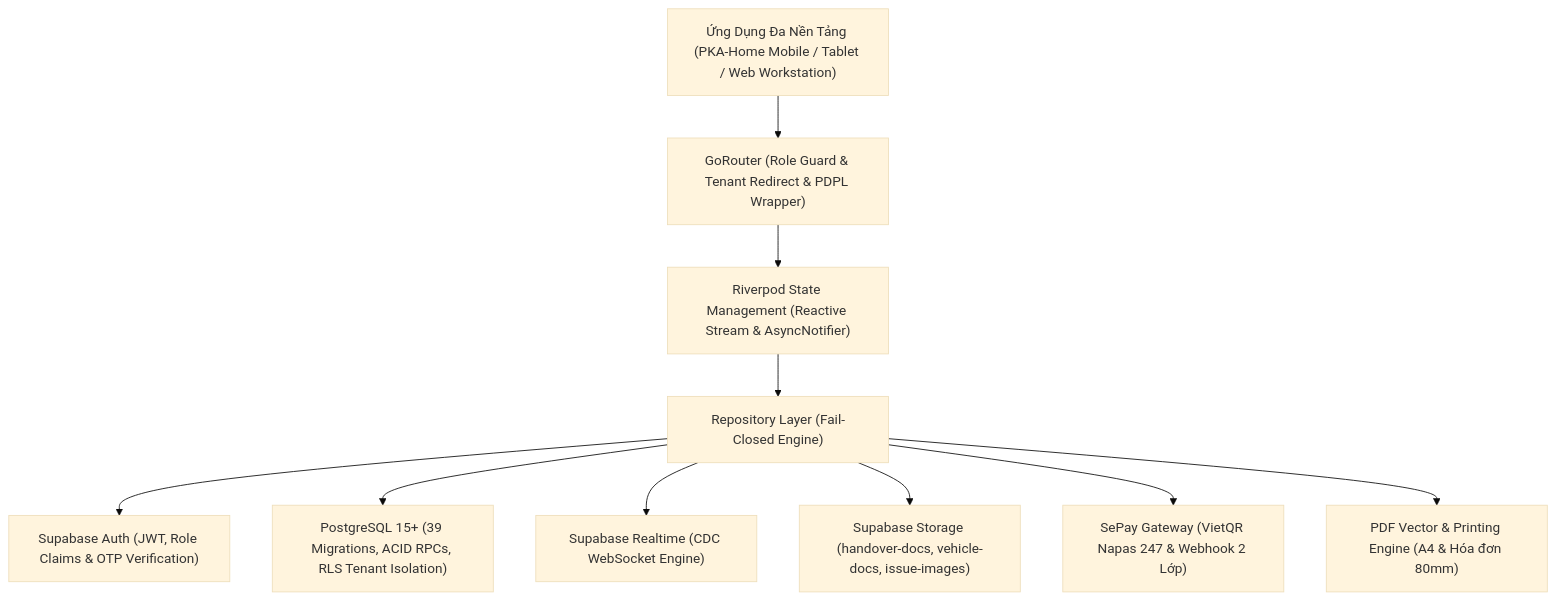
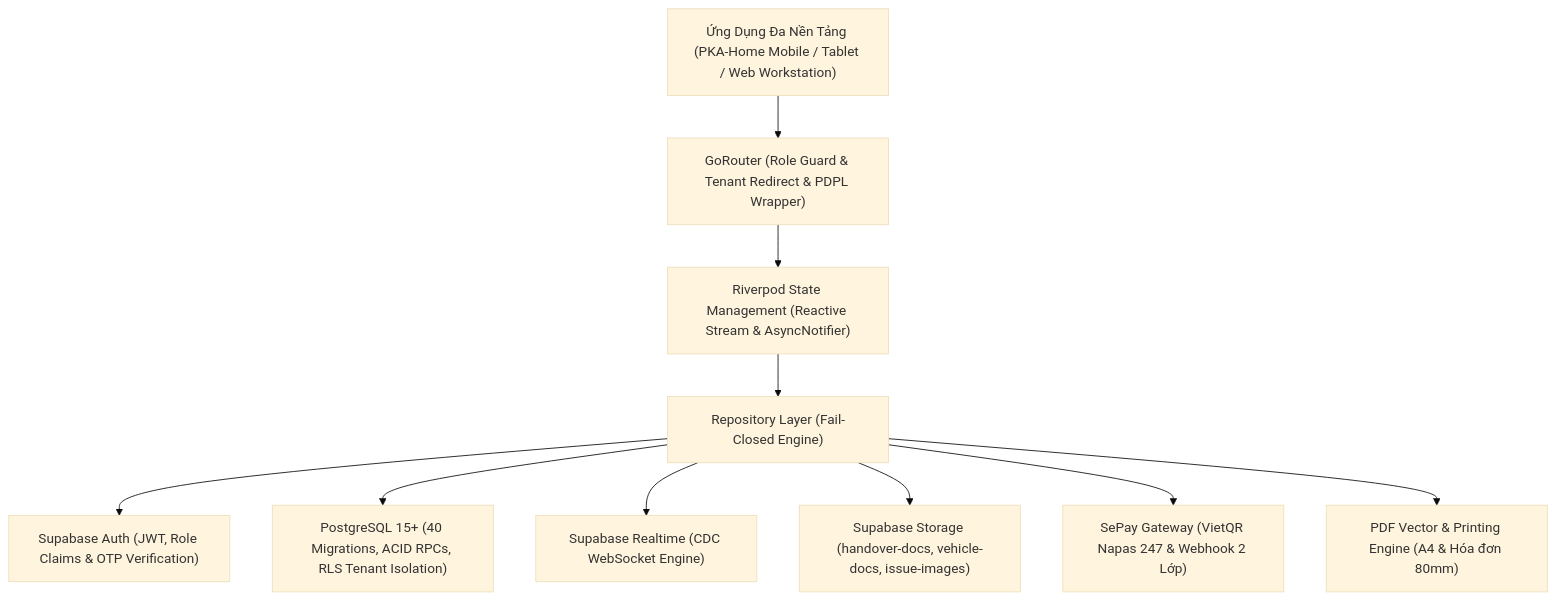
The diagram in README.md (PVM-05/PKA-Home), drawn with Mermaid (base theme) before and after one commit. The commit also changed other lines of this file and 6 other files, not shown here.

````diff
--- a/README.md
+++ b/README.md
@@ -43,24 +43,24 @@
 ```mermaid
 graph TD
     Client["Ứng Dụng Đa Nền Tảng (PKA-Home Mobile / Tablet / Web Workstation)"]
     Router["GoRouter (Role Guard & Tenant Redirect & PDPL Wrapper)"]
     State["Riverpod State Management (Reactive Stream & AsyncNotifier)"]
     Repo["Repository Layer (Fail-Closed Engine)"]
 
     SubAuth["Supabase Auth (JWT, Role Claims & OTP Verification)"]
-    SubDB["PostgreSQL 15+ (39 Migrations, ACID RPCs, RLS Tenant Isolation)"]
+    SubDB["PostgreSQL 15+ (40 Migrations, ACID RPCs, RLS Tenant Isolation)"]
     SubRT["Supabase Realtime (CDC WebSocket Engine)"]
     SubStorage["Supabase Storage (handover-docs, vehicle-docs, issue-images)"]
     SePay["SePay Gateway (VietQR Napas 247 & Webhook 2 Lớp)"]
     PdfEngine["PDF Vector & Printing Engine (A4 & Hóa đơn 80mm)"]
 
     Client --> Router
     Router --> State
     State --> Repo
     Repo --> SubAuth
     Repo --> SubDB
     Repo --> SubRT
     Repo --> SubStorage
     Repo --> SePay
     Repo --> PdfEngine
 ```
````
